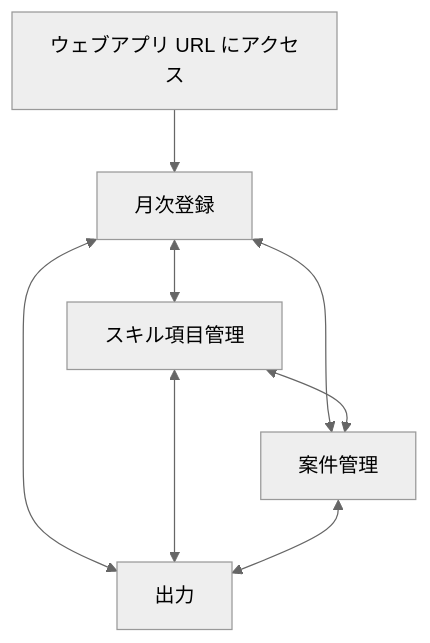
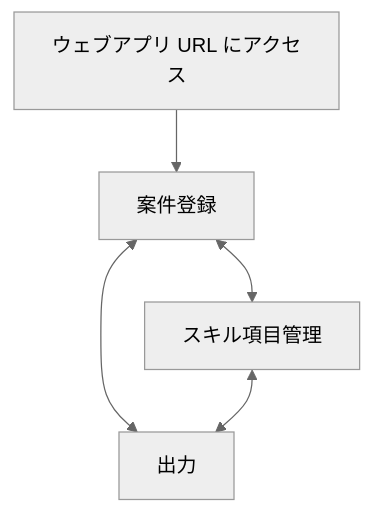
One commit to Seiya-Nakagawa/Portfolio changed the fourth of 4 diagrams in docs/02.design/DESIGN.md. Above: the diagram before and after it, drawn with Mermaid (neutral theme). The commit also changed other lines of this file and 1 other file, not shown here.

````diff
--- a/docs/02.design/DESIGN.md
+++ b/docs/02.design/DESIGN.md
@@ -238,10 +231,7 @@
 ```mermaid
 flowchart TD
-    Start["ウェブアプリ URL にアクセス"] --> Monthly["月次登録"]
-    Monthly <--> Skill["スキル項目管理"]
-    Monthly <--> Project["案件管理"]
-    Monthly <--> Output["出力"]
-    Skill <--> Project
+    Start["ウェブアプリ URL にアクセス"] --> Project["案件登録"]
+    Project <--> Skill["スキル項目管理"]
+    Project <--> Output["出力"]
     Skill <--> Output
-    Project <--> Output
 ```
````
